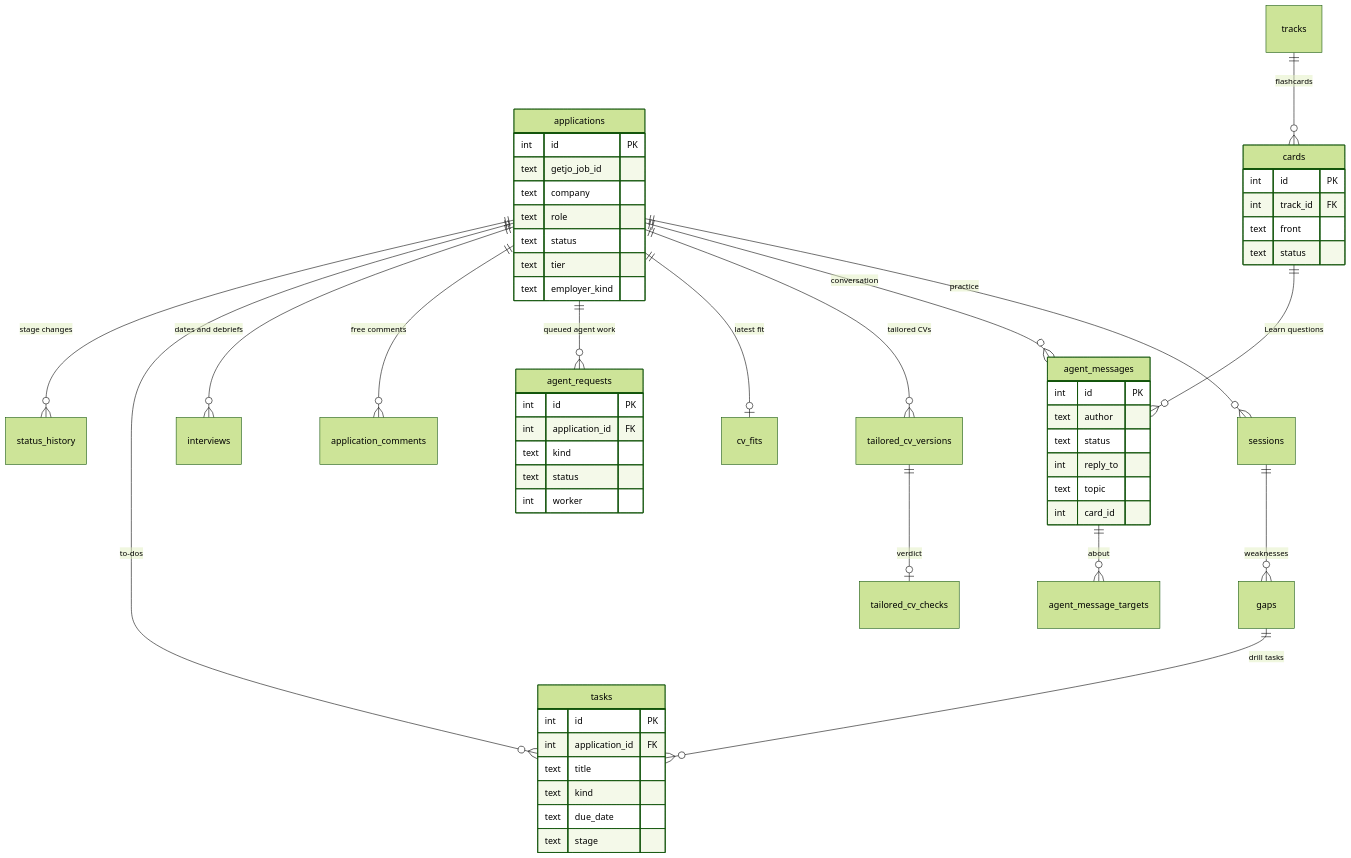
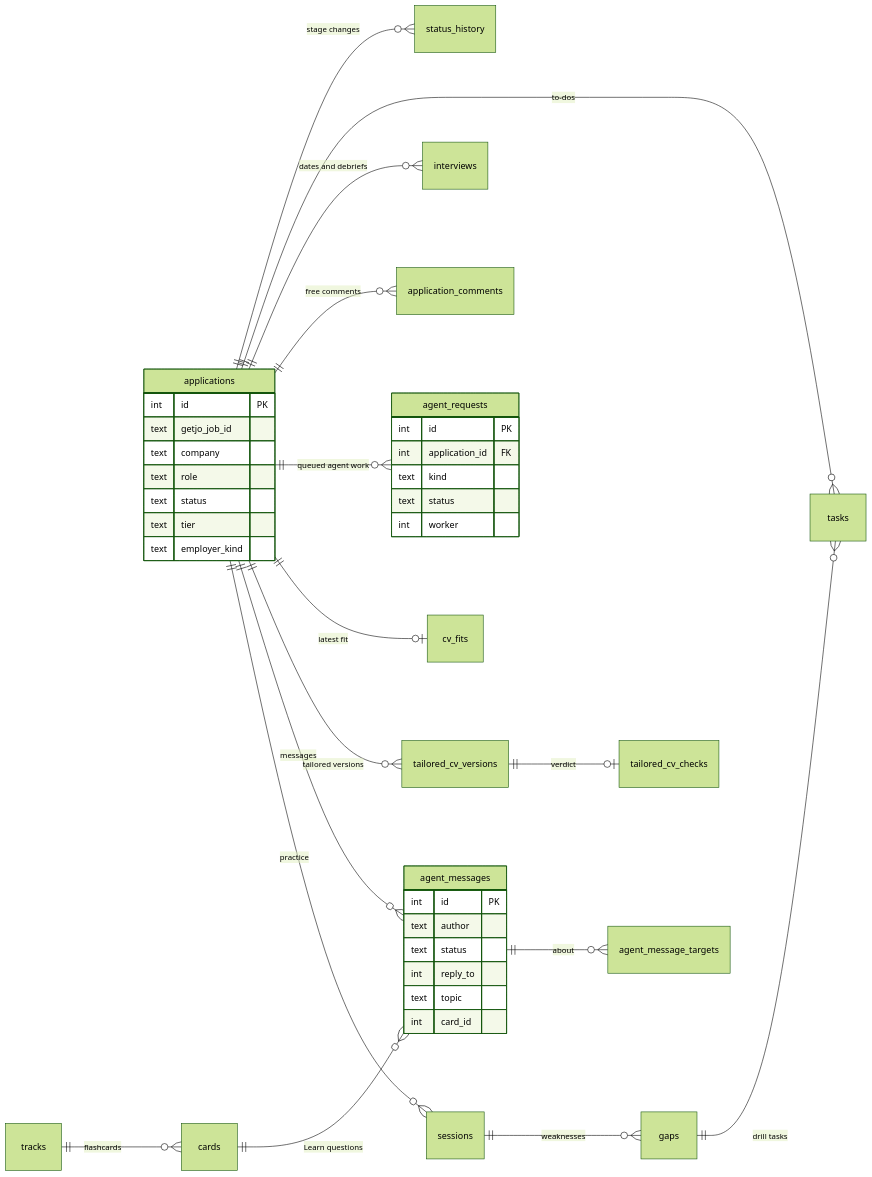
Before and after one commit to Pavlana/hirey: the ninth of 9 diagrams in docs/how-it-works.md, drawn with Mermaid (forest theme). The commit also changed other lines of this file, not shown here.

Commit message:
Docs: top-down overview diagrams so they read at GitHub's width

````diff
--- a/docs/how-it-works.md
+++ b/docs/how-it-works.md
@@ -275,57 +275,44 @@
 ```mermaid
 erDiagram
+    direction LR
     applications ||--o{ status_history : "stage changes"
     applications ||--o{ tasks : "to-dos"
     applications ||--o{ interviews : "dates and debriefs"
     applications ||--o{ application_comments : "free comments"
     applications ||--o{ agent_requests : "queued agent work"
     applications ||--o| cv_fits : "latest fit"
-    applications ||--o{ tailored_cv_versions : "tailored CVs"
+    applications ||--o{ tailored_cv_versions : "tailored versions"
     tailored_cv_versions ||--o| tailored_cv_checks : "verdict"
-    applications ||--o{ agent_messages : "conversation"
+    applications ||--o{ agent_messages : "messages"
     agent_messages ||--o{ agent_message_targets : "about"
     applications ||--o{ sessions : "practice"
     sessions ||--o{ gaps : "weaknesses"
     gaps ||--o{ tasks : "drill tasks"
     tracks ||--o{ cards : "flashcards"
     cards ||--o{ agent_messages : "Learn questions"
 
     applications {
         int id PK
         text getjo_job_id
         text company
         text role
         text status
         text tier
         text employer_kind
     }
     agent_requests {
         int id PK
         int application_id FK
         text kind
         text status
         int worker
     }
     agent_messages {
         int id PK
         text author
         text status
         int reply_to
         text topic
         int card_id
     }
-    tasks {
-        int id PK
-        int application_id FK
-        text title
-        text kind
-        text due_date
-        text stage
-    }
-    cards {
-        int id PK
-        int track_id FK
-        text front
-        text status
-    }
 ```
````
